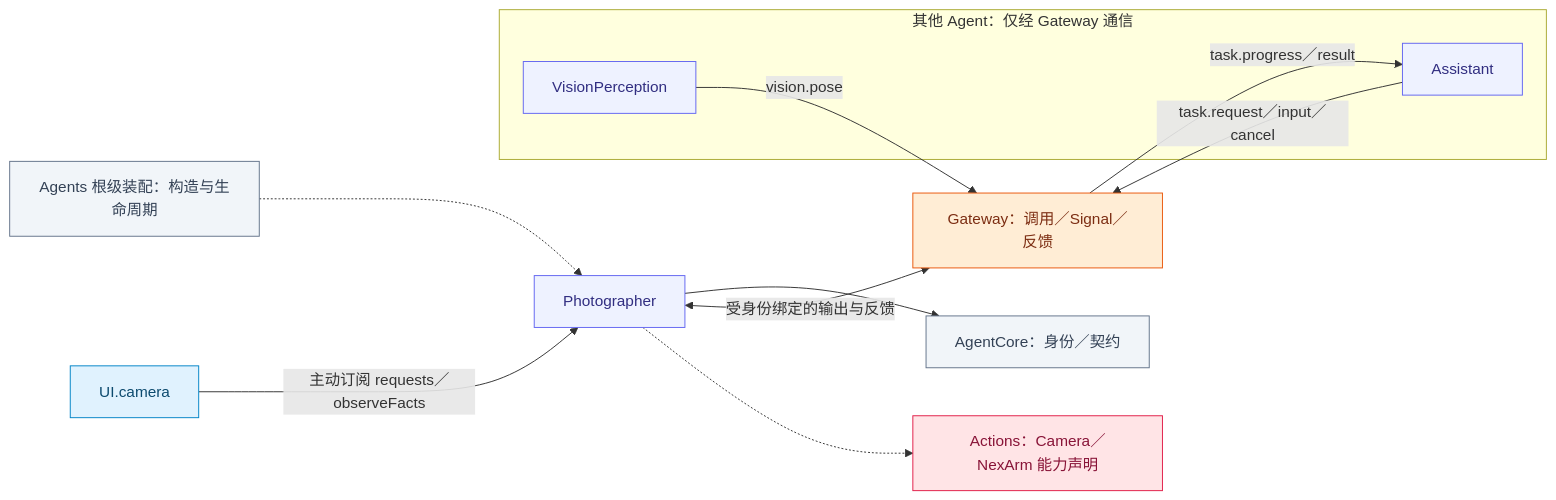
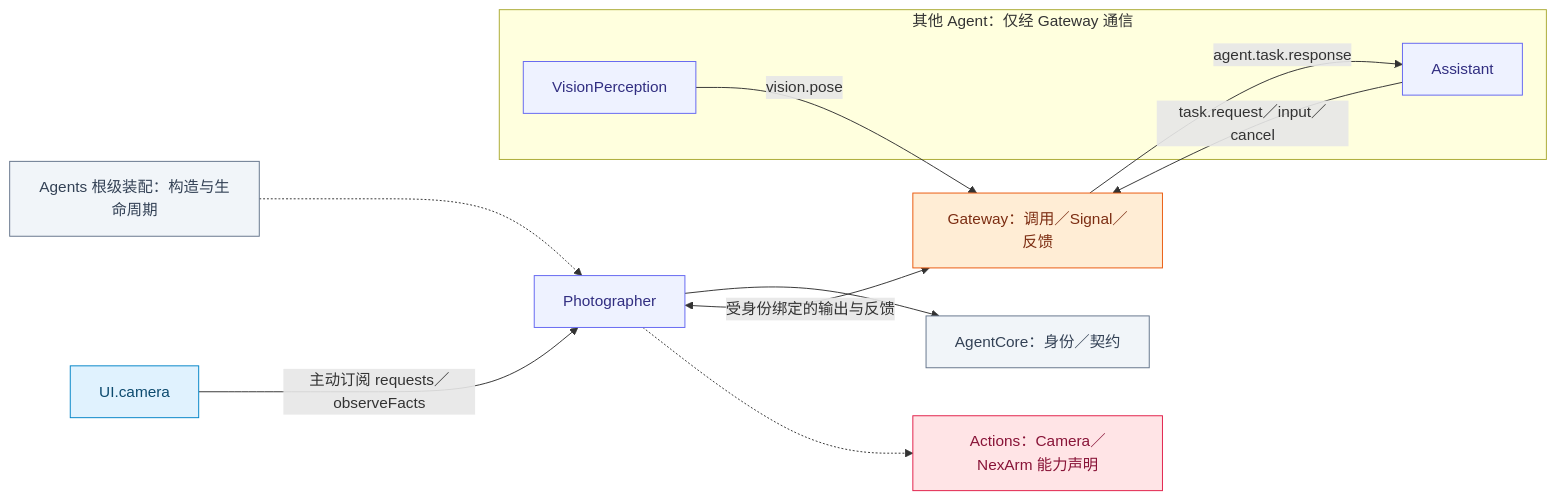
Before and after one commit to devilyouwei/MobileHarness: the first of 2 diagrams in MobileHarness/Agents/Photographer/README.md, drawn with Mermaid. The commit also changed 172 other files, not shown here.

Commit message:
Refine runtime logging and agent task communication

````diff
--- a/MobileHarness/Agents/Photographer/README.md
+++ b/MobileHarness/Agents/Photographer/README.md
@@ -29,30 +29,30 @@
 ```mermaid
 flowchart LR
  A["Photographer"]:::agent
  G["Gateway：调用／Signal／反馈"]:::gateway
  C["AgentCore：身份／契约"]:::host
  H["Agents 根级装配：构造与生命周期"]:::host
  H -.-> A
  A --> C
  A <-->|"受身份绑定的输出与反馈"| G
  U["UI.camera"]:::ui
  U -->|"主动订阅 requests／observeFacts"| A
  X["Actions：Camera／NexArm 能力声明"]:::action
  A -.-> X
  subgraph Peers["其他 Agent：仅经 Gateway 通信"]
  V["VisionPerception"]:::agent
  AS["Assistant"]:::agent
  end
  V -->|"vision.pose"| G
  AS -->|"task.request／input／cancel"| G
- G -->|"task.progress／result"| AS
+ G -->|"agent.task.response"| AS
 
  classDef ui fill:#e0f2fe,stroke:#0284c7,color:#0c4a6e
  classDef platform fill:#dcfce7,stroke:#16a34a,color:#14532d
  classDef model fill:#f3e8ff,stroke:#9333ea,color:#581c87
  classDef storage fill:#fef3c7,stroke:#d97706,color:#78350f
  classDef agent fill:#eef2ff,stroke:#6366f1,color:#312e81
  classDef gateway fill:#ffedd5,stroke:#ea580c,color:#7c2d12
  classDef action fill:#ffe4e6,stroke:#e11d48,color:#881337
  classDef host fill:#f1f5f9,stroke:#64748b,color:#334155
 ```
````
